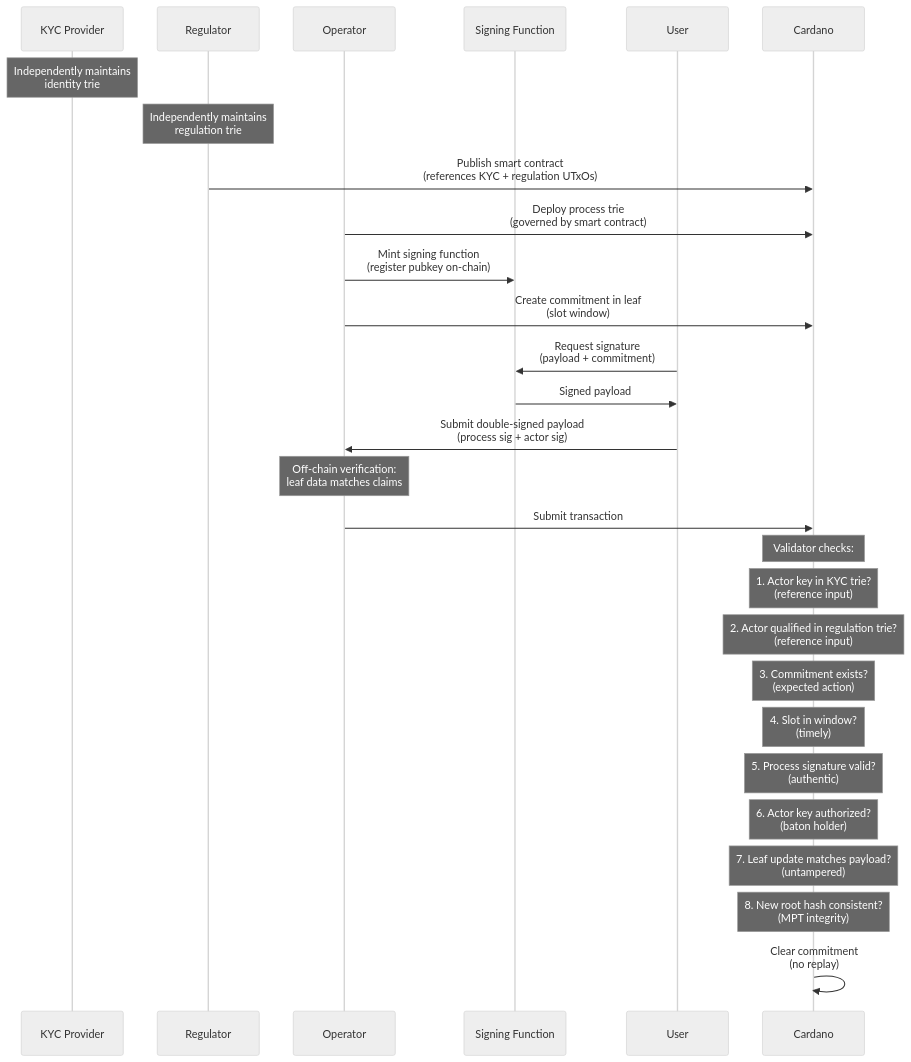
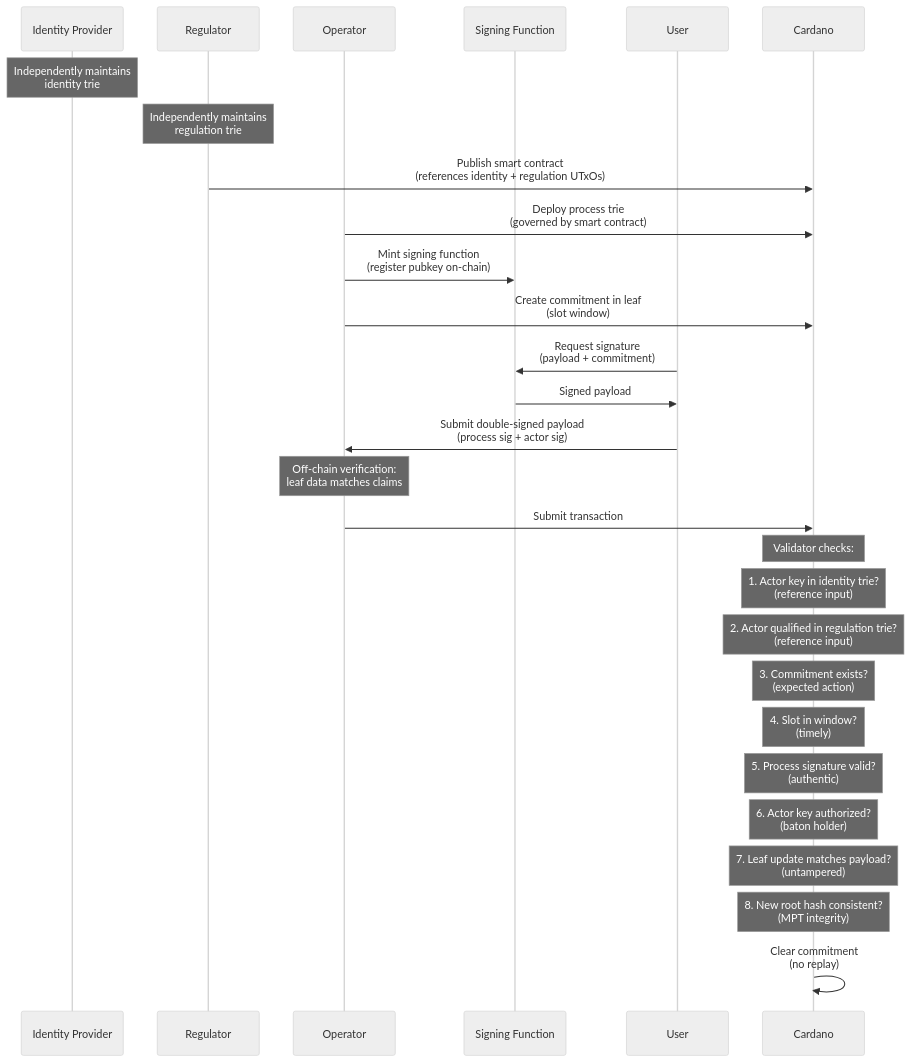
The fifth of 19 diagrams in docs/framework/schema.md (lambdasistemi/cardano-for-regulators), drawn with Mermaid (neutral theme) before and after one commit. The commit also changed other lines of this file and 1 other file, not shown here.

Commit message:
rename KYC provider to identity provider throughout

````diff
--- a/docs/framework/schema.md
+++ b/docs/framework/schema.md
@@ -187,41 +187,41 @@
 ```mermaid
 sequenceDiagram
-    participant KP as KYC Provider
+    participant KP as Identity Provider
     participant R as Regulator
     participant O as Operator
     participant SF as Signing Function
     participant U as User
     participant C as Cardano
 
     Note over KP: Independently maintains<br/>identity trie
 
     Note over R: Independently maintains<br/>regulation trie
 
-    R->>C: Publish smart contract<br/>(references KYC + regulation UTxOs)
+    R->>C: Publish smart contract<br/>(references identity + regulation UTxOs)
 
     O->>C: Deploy process trie<br/>(governed by smart contract)
     O->>SF: Mint signing function<br/>(register pubkey on-chain)
 
     O->>C: Create commitment in leaf<br/>(slot window)
 
     U->>SF: Request signature<br/>(payload + commitment)
     SF->>U: Signed payload
 
     U->>O: Submit double-signed payload<br/>(process sig + actor sig)
 
     Note over O: Off-chain verification:<br/>leaf data matches claims
 
     O->>C: Submit transaction
 
     Note over C: Validator checks:
-    Note over C: 1. Actor key in KYC trie?<br/>(reference input)
+    Note over C: 1. Actor key in identity trie?<br/>(reference input)
     Note over C: 2. Actor qualified in regulation trie?<br/>(reference input)
     Note over C: 3. Commitment exists?<br/>(expected action)
     Note over C: 4. Slot in window?<br/>(timely)
     Note over C: 5. Process signature valid?<br/>(authentic)
     Note over C: 6. Actor key authorized?<br/>(baton holder)
     Note over C: 7. Leaf update matches payload?<br/>(untampered)
     Note over C: 8. New root hash consistent?<br/>(MPT integrity)
 
     C->>C: Clear commitment<br/>(no replay)
 ```
````
